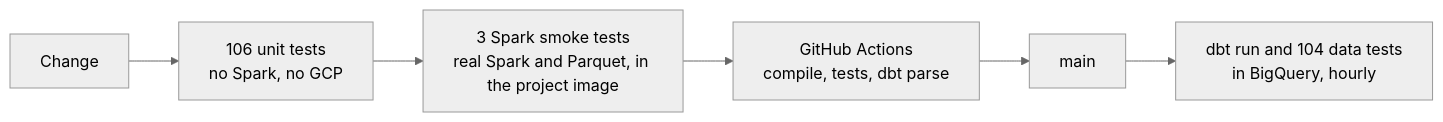
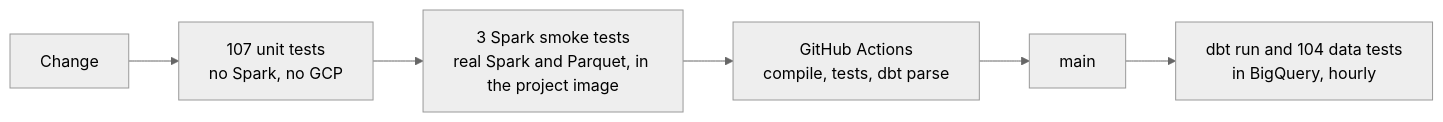
One commit to TomasRipsky/marineflow changed the fifth of 5 diagrams in README.md. Above: the diagram before and after it, drawn with Mermaid (neutral theme). The commit also changed other lines of this file and 6 other files, not shown here.

````diff
--- a/README.md
+++ b/README.md
@@ -465,8 +465,8 @@
 ```mermaid
 flowchart LR
-    change["Change"] --> unit["106 unit tests<br/>no Spark, no GCP"]
+    change["Change"] --> unit["107 unit tests<br/>no Spark, no GCP"]
     unit --> smoke["3 Spark smoke tests<br/>real Spark and Parquet, in the project image"]
     smoke --> ci["GitHub Actions<br/>compile, tests, dbt parse"]
     ci --> main["main"]
     main --> dbt["dbt run and 104 data tests<br/>in BigQuery, hourly"]
 ```
````
